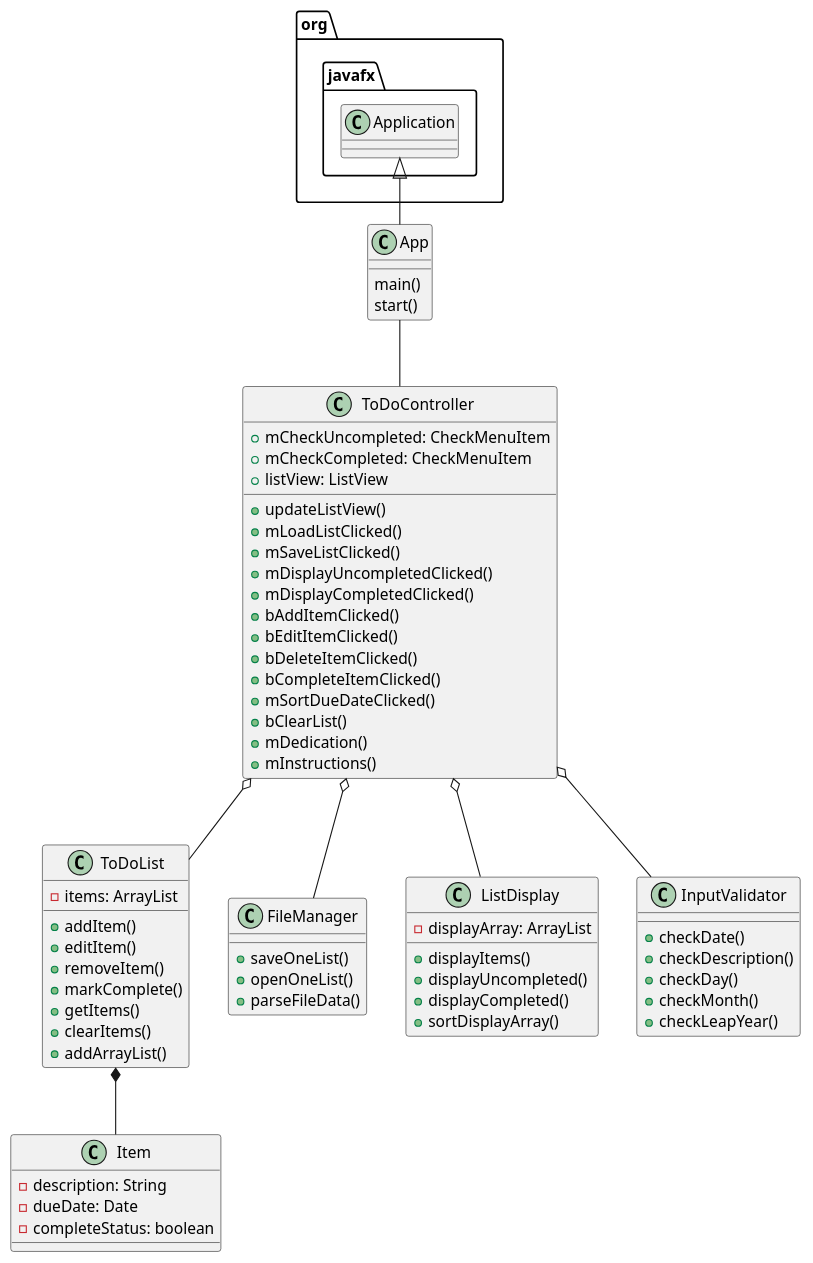
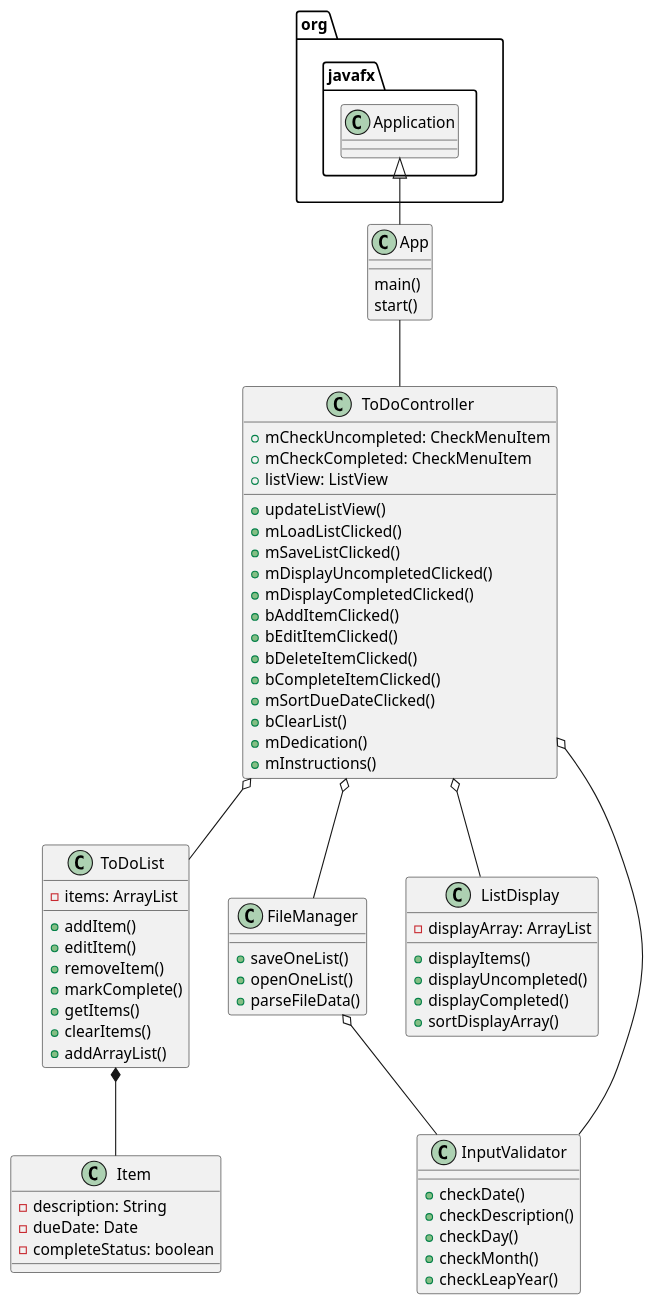
One commit to kingraham228/Ingraham-cop3330-assignment4part2 changed the diagram in uml/ToDoList.puml. Above: the diagram before and after it, drawn with PlantUML. The commit also changed 2 other files, not shown here.

Commit message:
Code cleanup and update uml input validator relationship.

```diff
--- a/uml/ToDoList.puml
+++ b/uml/ToDoList.puml
@@ -1,73 +1,74 @@
 @startuml
 class Item{
 -description: String
 -dueDate: Date
 -completeStatus: boolean
 }
 
 class ToDoList{
 -items: ArrayList
 +addItem()
 +editItem()
 +removeItem()
 +markComplete()
 +getItems()
 +clearItems()
 +addArrayList()
 }
 
 class FileManager{
 +saveOneList()
 +openOneList()
 +parseFileData()
 }
 
 class ListDisplay{
 -displayArray: ArrayList
 +displayItems()
 +displayUncompleted()
 +displayCompleted()
 +sortDisplayArray()
 }
 
 class ToDoController{
 +mCheckUncompleted: CheckMenuItem
 +mCheckCompleted: CheckMenuItem
 +listView: ListView
 +updateListView()
 +mLoadListClicked()
 +mSaveListClicked()
 +mDisplayUncompletedClicked()
 +mDisplayCompletedClicked()
 +bAddItemClicked()
 +bEditItemClicked()
 +bDeleteItemClicked()
 +bCompleteItemClicked()
 +mSortDueDateClicked()
 +bClearList()
 +mDedication()
 +mInstructions()
 }
 
 class App{
 main()
 start()
 }
 
 class InputValidator{
 +checkDate()
 +checkDescription()
 +checkDay()
 +checkMonth()
 +checkLeapYear()
 }
 
 
 org.javafx.Application <|-- App
 App -- ToDoController
 ToDoController o-- ToDoList
 ToDoController o-- ListDisplay
 ToDoController o-- FileManager
 ToDoController o-- InputValidator
+FileManager o-- InputValidator
 ToDoList *-- Item
 @enduml
```
